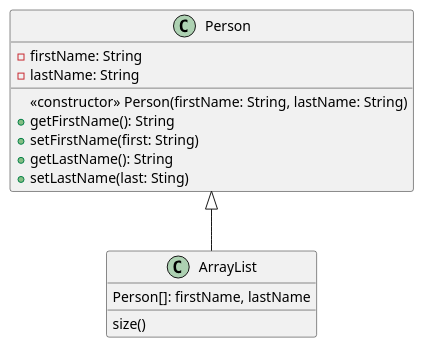
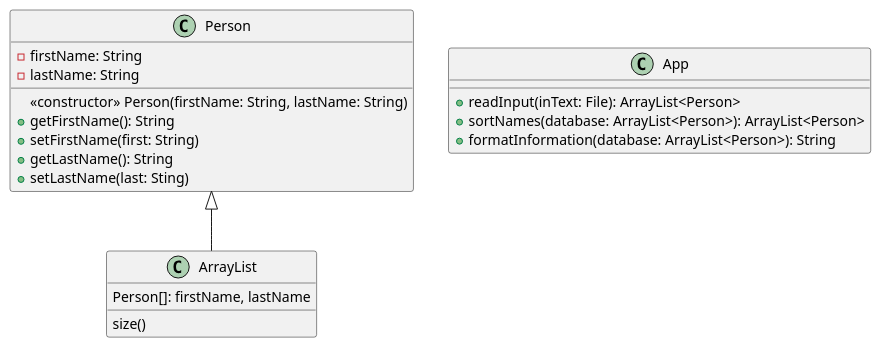
One commit to ashley-m0/OOP-Practice-Problems-Part2 changed the diagram in src/main/java/ex41/ex41plan.puml. Above: the diagram before and after it, drawn with PlantUML. The commit also changed 4 other files, not shown here.

```diff
--- a/src/main/java/ex41/ex41plan.puml
+++ b/src/main/java/ex41/ex41plan.puml
@@ -1,24 +1,29 @@
 @startuml
 'https://plantuml.com/class-diagram
 
 Person <|-- ArrayList
 
+class App{
+    + readInput(inText: File): ArrayList<Person>
+    + sortNames(database: ArrayList<Person>): ArrayList<Person>
+    + formatInformation(database: ArrayList<Person>): String
+}
 
 class ArrayList {
 Person[]: firstName, lastName
 size()
 }
 
 class Person{
     - firstName: String
     - lastName: String
 
     <<constructor>> Person(firstName: String, lastName: String)
     + getFirstName(): String
     + setFirstName(first: String)
     + getLastName(): String
     + setLastName(last: Sting)
 }
 
 
 @enduml
```
